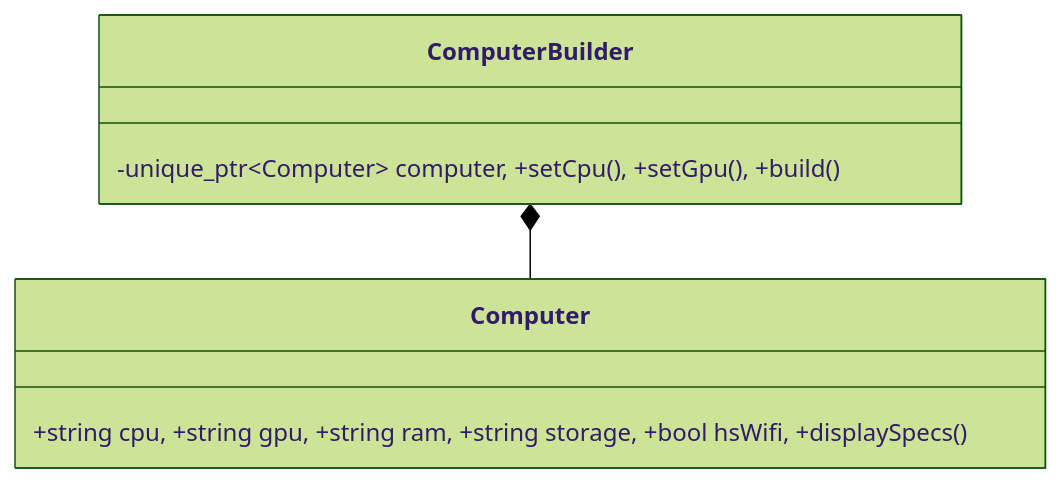
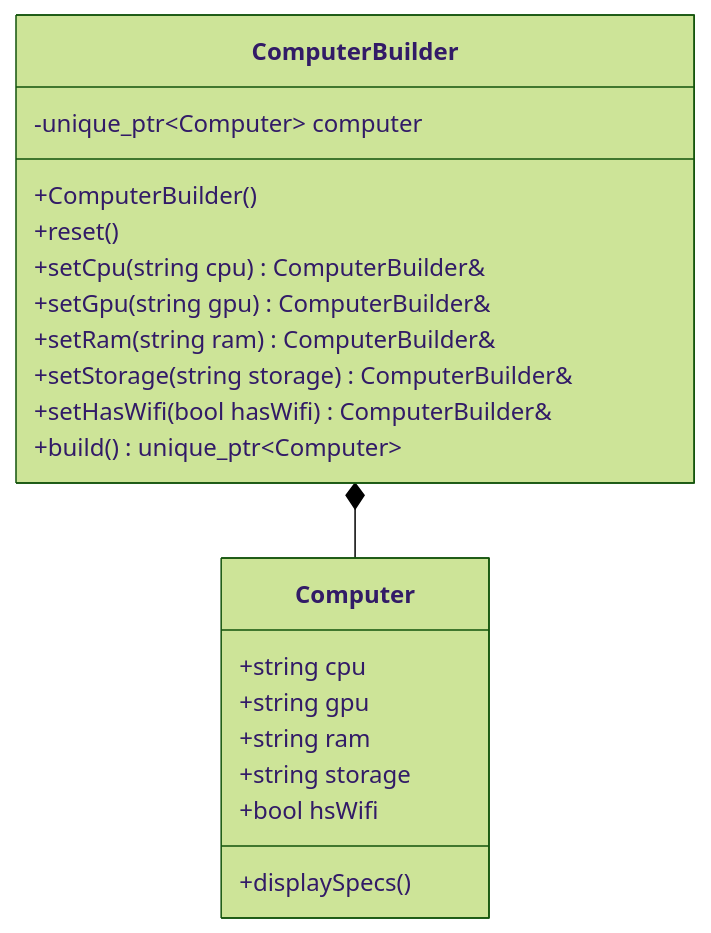
The seventh of 22 diagrams in readme.md (divyap271/systemDesign), drawn with Mermaid (forest theme) before and after one commit. The commit also changed other lines of this file, not shown here.

````diff
--- a/readme.md
+++ b/readme.md
@@ -125,6 +210,23 @@
 ```mermaid
 classDiagram
-    class Computer { +string cpu, +string gpu, +string ram, +string storage, +bool hsWifi, +displaySpecs() }
-    class ComputerBuilder { -unique_ptr~Computer~ computer, +setCpu(), +setGpu(), +build() }
+    class Computer {
+        +string cpu
+        +string gpu
+        +string ram
+        +string storage
+        +bool hsWifi
+        +displaySpecs()
+    }
+    class ComputerBuilder {
+        -unique_ptr~Computer~ computer
+        +ComputerBuilder()
+        +reset()
+        +setCpu(string cpu) ComputerBuilder&
+        +setGpu(string gpu) ComputerBuilder&
+        +setRam(string ram) ComputerBuilder&
+        +setStorage(string storage) ComputerBuilder&
+        +setHasWifi(bool hasWifi) ComputerBuilder&
+        +build() unique_ptr~Computer~
+    }
     ComputerBuilder *-- Computer
 ```
````
